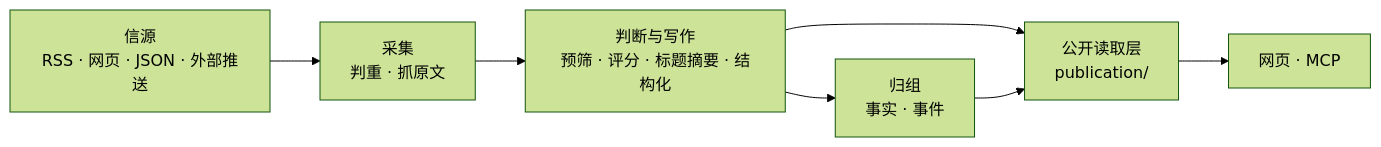
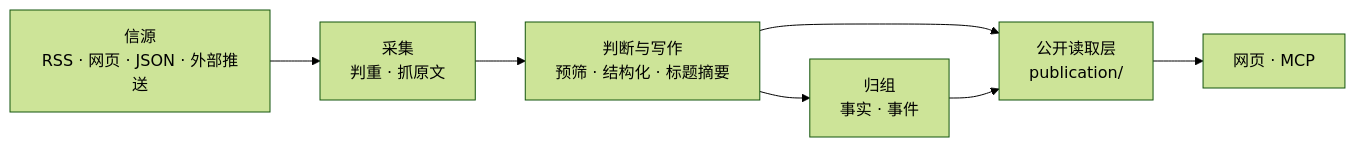
One commit to ttm43/myhot changed the diagram in docs/architecture.md. Above: the diagram before and after it, drawn with Mermaid (forest theme). The commit also changed other lines of this file and 57 other files, not shown here.

````diff
--- a/docs/architecture.md
+++ b/docs/architecture.md
@@ -3,9 +3,9 @@
 ```mermaid
 flowchart LR
   S["信源<br/>RSS · 网页 · JSON · 外部推送"] --> C["采集<br/>判重 · 抓原文"]
-  C --> J["判断与写作<br/>预筛 · 评分 · 标题摘要 · 结构化"]
+  C --> J["判断与写作<br/>预筛 · 结构化 · 标题摘要"]
   J --> G["归组<br/>事实 · 事件"]
   J --> P["公开读取层<br/>publication/"]
   G --> P
   P --> O["网页 · MCP"]
 ```
````
